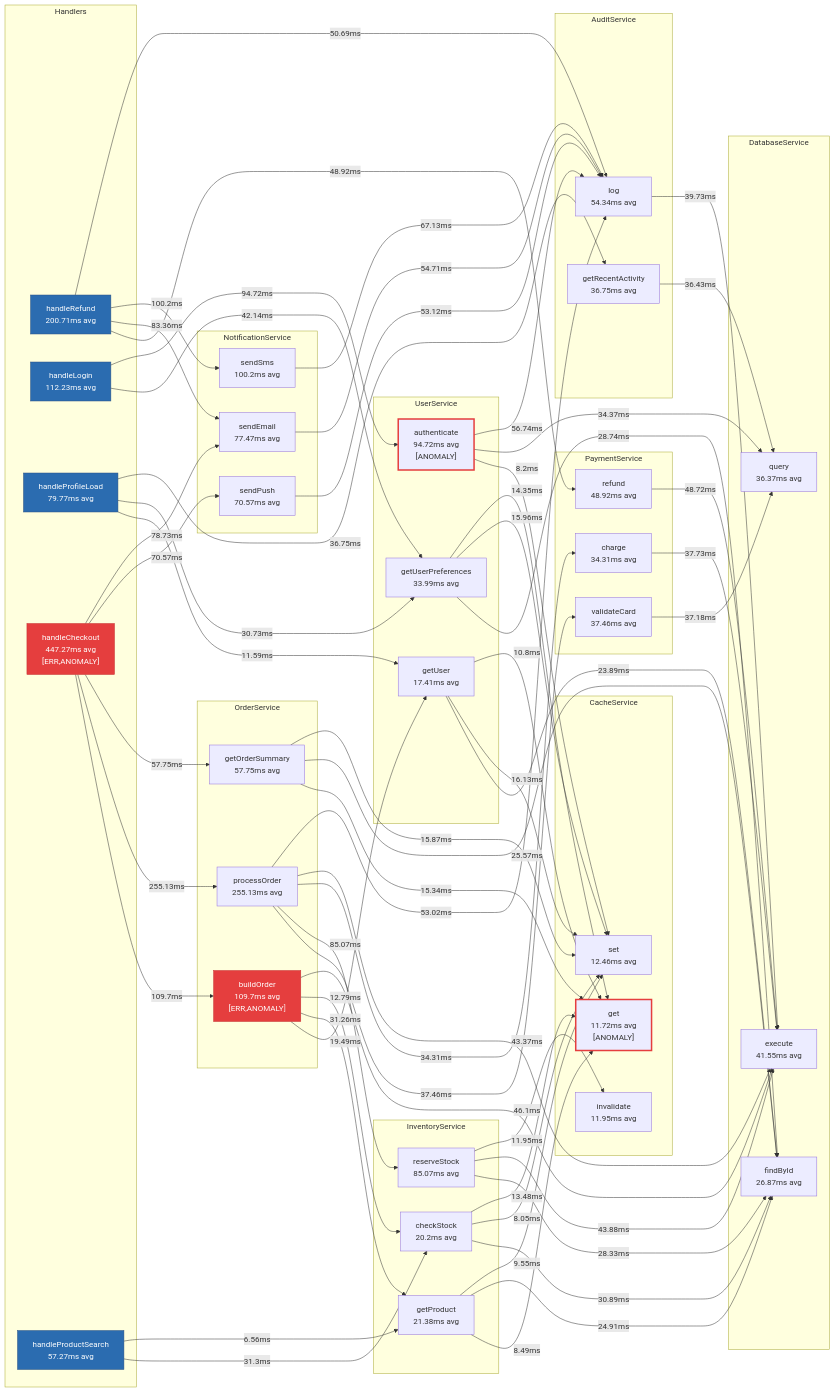
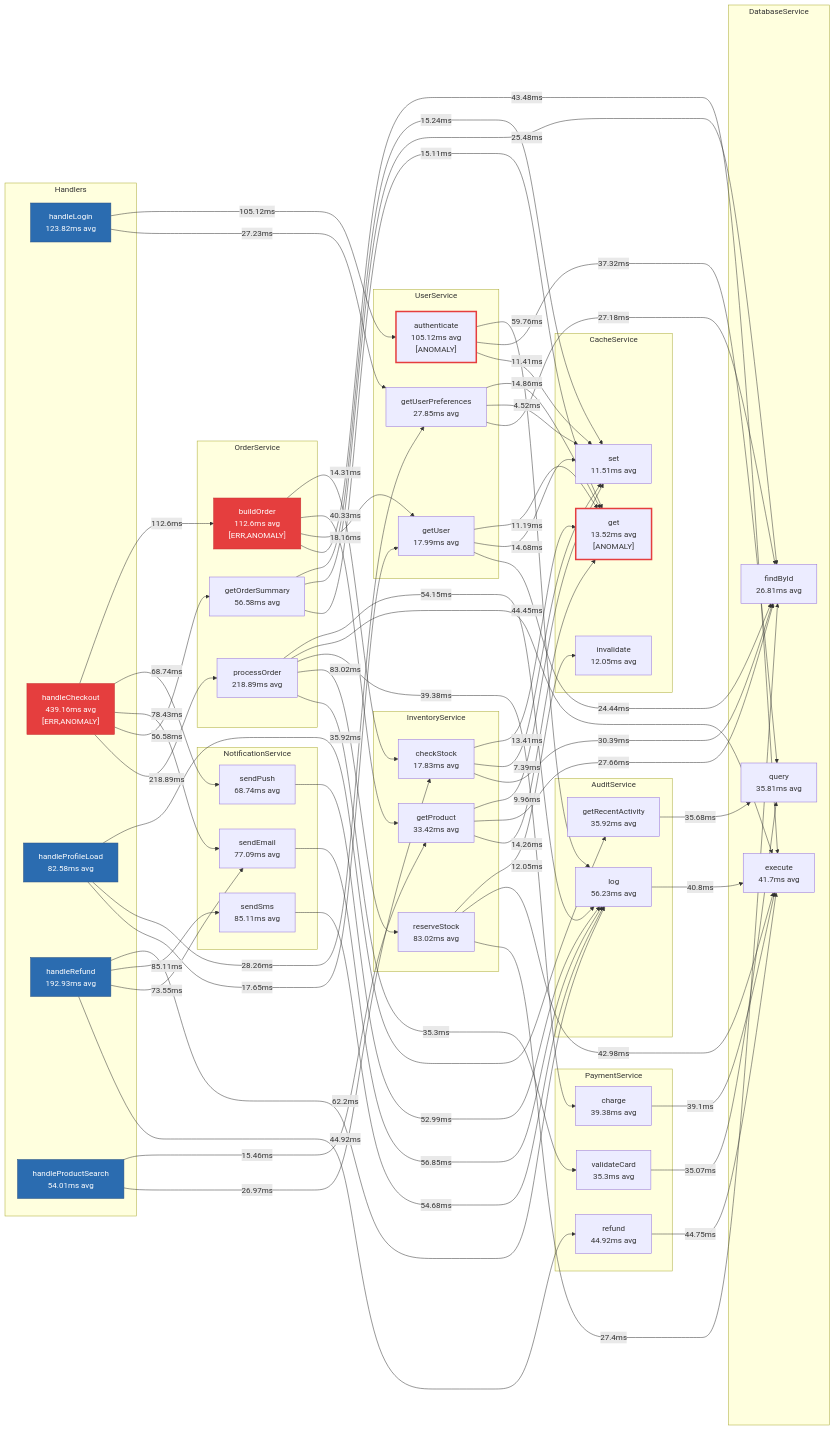
Before and after one commit to jeffev/ghost-doc: the diagram in FLOW.md, drawn with Mermaid. The commit also changed other lines of this file and 48 other files, not shown here.

````diff
--- a/FLOW.md
+++ b/FLOW.md
@@ -16,112 +16,112 @@
   classDef handlerNode fill:#2b6cb0,color:#fff,stroke:#2c5282
 
   subgraph Handlers["Handlers"]
-    sample_ecommerce__handleRefund["handleRefund\n200.71ms avg"]:::handlerNode
-    sample_ecommerce__handleLogin["handleLogin\n112.23ms avg"]:::handlerNode
-    sample_ecommerce__handleProfileLoad["handleProfileLoad\n79.77ms avg"]:::handlerNode
-    sample_ecommerce__handleCheckout["handleCheckout\n447.27ms avg\n[ERR,ANOMALY]"]:::errorNode
-    sample_ecommerce__handleProductSearch["handleProductSearch\n57.27ms avg"]:::handlerNode
+    sample_ecommerce__handleLogin["handleLogin\n123.82ms avg"]:::handlerNode
+    sample_ecommerce__handleCheckout["handleCheckout\n439.16ms avg\n[ERR,ANOMALY]"]:::errorNode
+    sample_ecommerce__handleProfileLoad["handleProfileLoad\n82.58ms avg"]:::handlerNode
+    sample_ecommerce__handleRefund["handleRefund\n192.93ms avg"]:::handlerNode
+    sample_ecommerce__handleProductSearch["handleProductSearch\n54.01ms avg"]:::handlerNode
   end
 
   subgraph AuditService["AuditService"]
-    sample_ecommerce__AuditService_log["log\n54.34ms avg"]
-    sample_ecommerce__AuditService_getRecentActivity["getRecentActivity\n36.75ms avg"]
+    sample_ecommerce__AuditService_log["log\n56.23ms avg"]
+    sample_ecommerce__AuditService_getRecentActivity["getRecentActivity\n35.92ms avg"]
   end
 
   subgraph CacheService["CacheService"]
-    sample_ecommerce__CacheService_get["get\n11.72ms avg\n[ANOMALY]"]:::anomalyNode
-    sample_ecommerce__CacheService_set["set\n12.46ms avg"]
-    sample_ecommerce__CacheService_invalidate["invalidate\n11.95ms avg"]
+    sample_ecommerce__CacheService_get["get\n13.52ms avg\n[ANOMALY]"]:::anomalyNode
+    sample_ecommerce__CacheService_set["set\n11.51ms avg"]
+    sample_ecommerce__CacheService_invalidate["invalidate\n12.05ms avg"]
   end
 
   subgraph DatabaseService["DatabaseService"]
-    sample_ecommerce__DatabaseService_execute["execute\n41.55ms avg"]
-    sample_ecommerce__DatabaseService_query["query\n36.37ms avg"]
-    sample_ecommerce__DatabaseService_findById["findById\n26.87ms avg"]
+    sample_ecommerce__DatabaseService_execute["execute\n41.7ms avg"]
+    sample_ecommerce__DatabaseService_query["query\n35.81ms avg"]
+    sample_ecommerce__DatabaseService_findById["findById\n26.81ms avg"]
   end
 
   subgraph InventoryService["InventoryService"]
-    sample_ecommerce__InventoryService_reserveStock["reserveStock\n85.07ms avg"]
-    sample_ecommerce__InventoryService_checkStock["checkStock\n20.2ms avg"]
-    sample_ecommerce__InventoryService_getProduct["getProduct\n21.38ms avg"]
+    sample_ecommerce__InventoryService_checkStock["checkStock\n17.83ms avg"]
+    sample_ecommerce__InventoryService_getProduct["getProduct\n33.42ms avg"]
+    sample_ecommerce__InventoryService_reserveStock["reserveStock\n83.02ms avg"]
   end
 
   subgraph NotificationService["NotificationService"]
-    sample_ecommerce__NotificationService_sendSms["sendSms\n100.2ms avg"]
-    sample_ecommerce__NotificationService_sendEmail["sendEmail\n77.47ms avg"]
-    sample_ecommerce__NotificationService_sendPush["sendPush\n70.57ms avg"]
+    sample_ecommerce__NotificationService_sendEmail["sendEmail\n77.09ms avg"]
+    sample_ecommerce__NotificationService_sendPush["sendPush\n68.74ms avg"]
+    sample_ecommerce__NotificationService_sendSms["sendSms\n85.11ms avg"]
   end
 
   subgraph OrderService["OrderService"]
-    sample_ecommerce__OrderService_getOrderSummary["getOrderSummary\n57.75ms avg"]
-    sample_ecommerce__OrderService_processOrder["processOrder\n255.13ms avg"]
-    sample_ecommerce__OrderService_buildOrder["buildOrder\n109.7ms avg\n[ERR,ANOMALY]"]:::errorNode
+    sample_ecommerce__OrderService_buildOrder["buildOrder\n112.6ms avg\n[ERR,ANOMALY]"]:::errorNode
+    sample_ecommerce__OrderService_getOrderSummary["getOrderSummary\n56.58ms avg"]
+    sample_ecommerce__OrderService_processOrder["processOrder\n218.89ms avg"]
   end
 
   subgraph PaymentService["PaymentService"]
-    sample_ecommerce__PaymentService_refund["refund\n48.92ms avg"]
-    sample_ecommerce__PaymentService_charge["charge\n34.31ms avg"]
-    sample_ecommerce__PaymentService_validateCard["validateCard\n37.46ms avg"]
+    sample_ecommerce__PaymentService_charge["charge\n39.38ms avg"]
+    sample_ecommerce__PaymentService_validateCard["validateCard\n35.3ms avg"]
+    sample_ecommerce__PaymentService_refund["refund\n44.92ms avg"]
   end
 
   subgraph UserService["UserService"]
-    sample_ecommerce__UserService_authenticate["authenticate\n94.72ms avg\n[ANOMALY]"]:::anomalyNode
-    sample_ecommerce__UserService_getUserPreferences["getUserPreferences\n33.99ms avg"]
-    sample_ecommerce__UserService_getUser["getUser\n17.41ms avg"]
+    sample_ecommerce__UserService_authenticate["authenticate\n105.12ms avg\n[ANOMALY]"]:::anomalyNode
+    sample_ecommerce__UserService_getUserPreferences["getUserPreferences\n27.85ms avg"]
+    sample_ecommerce__UserService_getUser["getUser\n17.99ms avg"]
   end
 
-  sample_ecommerce__handleRefund -->|"50.69ms"| sample_ecommerce__AuditService_log
-  sample_ecommerce__AuditService_log -->|"39.73ms"| sample_ecommerce__DatabaseService_execute
-  sample_ecommerce__handleRefund -->|"100.2ms"| sample_ecommerce__NotificationService_sendSms
-  sample_ecommerce__NotificationService_sendSms -->|"67.13ms"| sample_ecommerce__AuditService_log
-  sample_ecommerce__handleRefund -->|"83.36ms"| sample_ecommerce__NotificationService_sendEmail
-  sample_ecommerce__NotificationService_sendEmail -->|"54.71ms"| sample_ecommerce__AuditService_log
-  sample_ecommerce__handleLogin -->|"94.72ms"| sample_ecommerce__UserService_authenticate
-  sample_ecommerce__UserService_authenticate -->|"56.74ms"| sample_ecommerce__AuditService_log
-  sample_ecommerce__handleProfileLoad -->|"36.75ms"| sample_ecommerce__AuditService_getRecentActivity
-  sample_ecommerce__AuditService_getRecentActivity -->|"36.43ms"| sample_ecommerce__DatabaseService_query
-  sample_ecommerce__handleRefund -->|"48.92ms"| sample_ecommerce__PaymentService_refund
-  sample_ecommerce__PaymentService_refund -->|"48.72ms"| sample_ecommerce__DatabaseService_execute
-  sample_ecommerce__UserService_authenticate -->|"34.37ms"| sample_ecommerce__DatabaseService_query
-  sample_ecommerce__handleProfileLoad -->|"30.73ms"| sample_ecommerce__UserService_getUserPreferences
-  sample_ecommerce__UserService_getUserPreferences -->|"14.35ms"| sample_ecommerce__CacheService_get
-  sample_ecommerce__handleProfileLoad -->|"11.59ms"| sample_ecommerce__UserService_getUser
-  sample_ecommerce__UserService_getUser -->|"10.8ms"| sample_ecommerce__CacheService_get
-  sample_ecommerce__handleCheckout -->|"78.73ms"| sample_ecommerce__NotificationService_sendEmail
-  sample_ecommerce__handleCheckout -->|"70.57ms"| sample_ecommerce__NotificationService_sendPush
-  sample_ecommerce__NotificationService_sendPush -->|"53.12ms"| sample_ecommerce__AuditService_log
-  sample_ecommerce__handleCheckout -->|"57.75ms"| sample_ecommerce__OrderService_getOrderSummary
-  sample_ecommerce__OrderService_getOrderSummary -->|"15.87ms"| sample_ecommerce__CacheService_set
-  sample_ecommerce__OrderService_getOrderSummary -->|"25.57ms"| sample_ecommerce__DatabaseService_findById
-  sample_ecommerce__OrderService_getOrderSummary -->|"15.34ms"| sample_ecommerce__CacheService_get
-  sample_ecommerce__handleCheckout -->|"255.13ms"| sample_ecommerce__OrderService_processOrder
-  sample_ecommerce__OrderService_processOrder -->|"53.02ms"| sample_ecommerce__AuditService_log
-  sample_ecommerce__OrderService_processOrder -->|"43.37ms"| sample_ecommerce__DatabaseService_execute
-  sample_ecommerce__OrderService_processOrder -->|"34.31ms"| sample_ecommerce__PaymentService_charge
-  sample_ecommerce__PaymentService_charge -->|"37.73ms"| sample_ecommerce__DatabaseService_execute
-  sample_ecommerce__OrderService_processOrder -->|"85.07ms"| sample_ecommerce__InventoryService_reserveStock
-  sample_ecommerce__InventoryService_reserveStock -->|"11.95ms"| sample_ecommerce__CacheService_invalidate
-  sample_ecommerce__InventoryService_reserveStock -->|"43.88ms"| sample_ecommerce__DatabaseService_execute
-  sample_ecommerce__InventoryService_reserveStock -->|"28.33ms"| sample_ecommerce__DatabaseService_findById
-  sample_ecommerce__OrderService_processOrder -->|"37.46ms"| sample_ecommerce__PaymentService_validateCard
-  sample_ecommerce__PaymentService_validateCard -->|"37.18ms"| sample_ecommerce__DatabaseService_query
-  sample_ecommerce__handleCheckout -->|"109.7ms"| sample_ecommerce__OrderService_buildOrder
-  sample_ecommerce__OrderService_buildOrder -->|"46.1ms"| sample_ecommerce__DatabaseService_execute
-  sample_ecommerce__OrderService_buildOrder -->|"12.79ms"| sample_ecommerce__InventoryService_checkStock
-  sample_ecommerce__InventoryService_checkStock -->|"13.48ms"| sample_ecommerce__CacheService_get
-  sample_ecommerce__OrderService_buildOrder -->|"31.26ms"| sample_ecommerce__InventoryService_getProduct
-  sample_ecommerce__InventoryService_getProduct -->|"9.55ms"| sample_ecommerce__CacheService_set
-  sample_ecommerce__InventoryService_getProduct -->|"24.91ms"| sample_ecommerce__DatabaseService_findById
-  sample_ecommerce__InventoryService_getProduct -->|"8.49ms"| sample_ecommerce__CacheService_get
-  sample_ecommerce__OrderService_buildOrder -->|"19.49ms"| sample_ecommerce__UserService_getUser
-  sample_ecommerce__handleProductSearch -->|"6.56ms"| sample_ecommerce__InventoryService_getProduct
-  sample_ecommerce__handleProductSearch -->|"31.3ms"| sample_ecommerce__InventoryService_checkStock
-  sample_ecommerce__InventoryService_checkStock -->|"8.05ms"| sample_ecommerce__CacheService_set
-  sample_ecommerce__InventoryService_checkStock -->|"30.89ms"| sample_ecommerce__DatabaseService_findById
-  sample_ecommerce__handleLogin -->|"42.14ms"| sample_ecommerce__UserService_getUserPreferences
-  sample_ecommerce__UserService_authenticate -->|"8.2ms"| sample_ecommerce__CacheService_set
-  sample_ecommerce__UserService_getUserPreferences -->|"15.96ms"| sample_ecommerce__CacheService_set
-  sample_ecommerce__UserService_getUserPreferences -->|"28.74ms"| sample_ecommerce__DatabaseService_findById
-  sample_ecommerce__UserService_getUser -->|"16.13ms"| sample_ecommerce__CacheService_set
-  sample_ecommerce__UserService_getUser -->|"23.89ms"| sample_ecommerce__DatabaseService_findById
+  sample_ecommerce__NotificationService_sendEmail -->|"56.85ms"| sample_ecommerce__AuditService_log
+  sample_ecommerce__AuditService_log -->|"40.8ms"| sample_ecommerce__DatabaseService_execute
+  sample_ecommerce__handleLogin -->|"105.12ms"| sample_ecommerce__UserService_authenticate
+  sample_ecommerce__UserService_authenticate -->|"59.76ms"| sample_ecommerce__AuditService_log
+  sample_ecommerce__handleCheckout -->|"112.6ms"| sample_ecommerce__OrderService_buildOrder
+  sample_ecommerce__OrderService_buildOrder -->|"14.31ms"| sample_ecommerce__InventoryService_checkStock
+  sample_ecommerce__InventoryService_checkStock -->|"13.41ms"| sample_ecommerce__CacheService_get
+  sample_ecommerce__OrderService_buildOrder -->|"40.33ms"| sample_ecommerce__InventoryService_getProduct
+  sample_ecommerce__InventoryService_getProduct -->|"9.96ms"| sample_ecommerce__CacheService_set
+  sample_ecommerce__handleProfileLoad -->|"35.92ms"| sample_ecommerce__AuditService_getRecentActivity
+  sample_ecommerce__AuditService_getRecentActivity -->|"35.68ms"| sample_ecommerce__DatabaseService_query
+  sample_ecommerce__InventoryService_getProduct -->|"27.66ms"| sample_ecommerce__DatabaseService_findById
+  sample_ecommerce__UserService_authenticate -->|"37.32ms"| sample_ecommerce__DatabaseService_query
+  sample_ecommerce__InventoryService_getProduct -->|"14.26ms"| sample_ecommerce__CacheService_get
+  sample_ecommerce__handleProfileLoad -->|"28.26ms"| sample_ecommerce__UserService_getUserPreferences
+  sample_ecommerce__UserService_getUserPreferences -->|"14.86ms"| sample_ecommerce__CacheService_get
+  sample_ecommerce__OrderService_buildOrder -->|"18.16ms"| sample_ecommerce__UserService_getUser
+  sample_ecommerce__UserService_getUser -->|"11.19ms"| sample_ecommerce__CacheService_get
+  sample_ecommerce__handleProfileLoad -->|"17.65ms"| sample_ecommerce__UserService_getUser
+  sample_ecommerce__handleCheckout -->|"68.74ms"| sample_ecommerce__NotificationService_sendPush
+  sample_ecommerce__NotificationService_sendPush -->|"52.99ms"| sample_ecommerce__AuditService_log
+  sample_ecommerce__handleCheckout -->|"78.43ms"| sample_ecommerce__NotificationService_sendEmail
+  sample_ecommerce__handleCheckout -->|"56.58ms"| sample_ecommerce__OrderService_getOrderSummary
+  sample_ecommerce__OrderService_getOrderSummary -->|"15.24ms"| sample_ecommerce__CacheService_set
+  sample_ecommerce__OrderService_getOrderSummary -->|"25.48ms"| sample_ecommerce__DatabaseService_findById
+  sample_ecommerce__OrderService_getOrderSummary -->|"15.11ms"| sample_ecommerce__CacheService_get
+  sample_ecommerce__handleCheckout -->|"218.89ms"| sample_ecommerce__OrderService_processOrder
+  sample_ecommerce__OrderService_processOrder -->|"54.15ms"| sample_ecommerce__AuditService_log
+  sample_ecommerce__OrderService_processOrder -->|"44.45ms"| sample_ecommerce__DatabaseService_execute
+  sample_ecommerce__OrderService_processOrder -->|"39.38ms"| sample_ecommerce__PaymentService_charge
+  sample_ecommerce__PaymentService_charge -->|"39.1ms"| sample_ecommerce__DatabaseService_execute
+  sample_ecommerce__OrderService_processOrder -->|"83.02ms"| sample_ecommerce__InventoryService_reserveStock
+  sample_ecommerce__InventoryService_reserveStock -->|"12.05ms"| sample_ecommerce__CacheService_invalidate
+  sample_ecommerce__InventoryService_reserveStock -->|"42.98ms"| sample_ecommerce__DatabaseService_execute
+  sample_ecommerce__InventoryService_reserveStock -->|"27.4ms"| sample_ecommerce__DatabaseService_findById
+  sample_ecommerce__OrderService_processOrder -->|"35.3ms"| sample_ecommerce__PaymentService_validateCard
+  sample_ecommerce__PaymentService_validateCard -->|"35.07ms"| sample_ecommerce__DatabaseService_query
+  sample_ecommerce__OrderService_buildOrder -->|"43.48ms"| sample_ecommerce__DatabaseService_execute
+  sample_ecommerce__handleLogin -->|"27.23ms"| sample_ecommerce__UserService_getUserPreferences
+  sample_ecommerce__UserService_authenticate -->|"11.41ms"| sample_ecommerce__CacheService_set
+  sample_ecommerce__handleRefund -->|"62.2ms"| sample_ecommerce__AuditService_log
+  sample_ecommerce__UserService_getUserPreferences -->|"4.52ms"| sample_ecommerce__CacheService_set
+  sample_ecommerce__UserService_getUserPreferences -->|"27.18ms"| sample_ecommerce__DatabaseService_findById
+  sample_ecommerce__handleRefund -->|"85.11ms"| sample_ecommerce__NotificationService_sendSms
+  sample_ecommerce__NotificationService_sendSms -->|"54.68ms"| sample_ecommerce__AuditService_log
+  sample_ecommerce__handleRefund -->|"73.55ms"| sample_ecommerce__NotificationService_sendEmail
+  sample_ecommerce__handleRefund -->|"44.92ms"| sample_ecommerce__PaymentService_refund
+  sample_ecommerce__PaymentService_refund -->|"44.75ms"| sample_ecommerce__DatabaseService_execute
+  sample_ecommerce__handleProductSearch -->|"15.46ms"| sample_ecommerce__InventoryService_getProduct
+  sample_ecommerce__handleProductSearch -->|"26.97ms"| sample_ecommerce__InventoryService_checkStock
+  sample_ecommerce__UserService_getUser -->|"14.68ms"| sample_ecommerce__CacheService_set
+  sample_ecommerce__UserService_getUser -->|"24.44ms"| sample_ecommerce__DatabaseService_findById
+  sample_ecommerce__InventoryService_checkStock -->|"7.39ms"| sample_ecommerce__CacheService_set
+  sample_ecommerce__InventoryService_checkStock -->|"30.39ms"| sample_ecommerce__DatabaseService_findById
 ```
````
